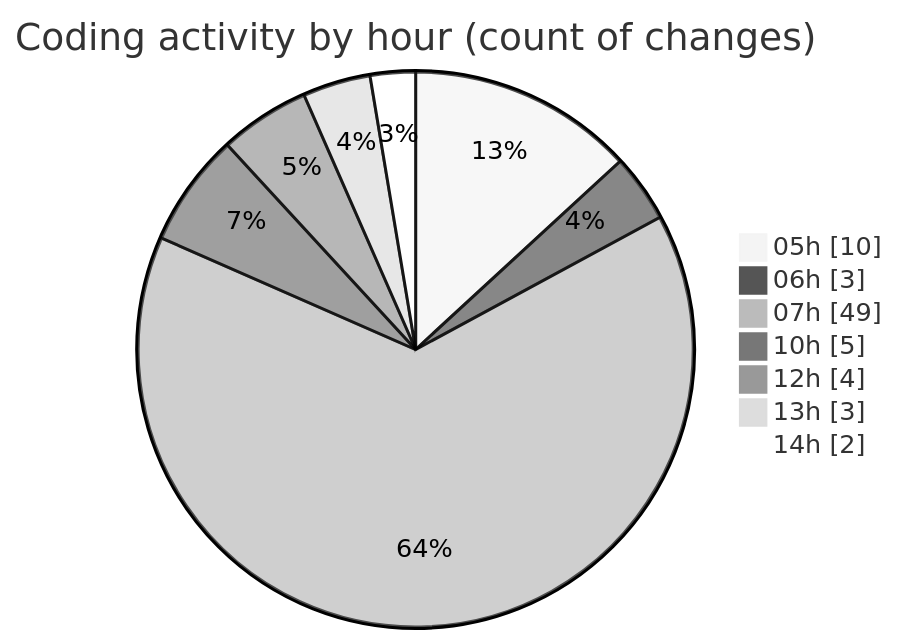
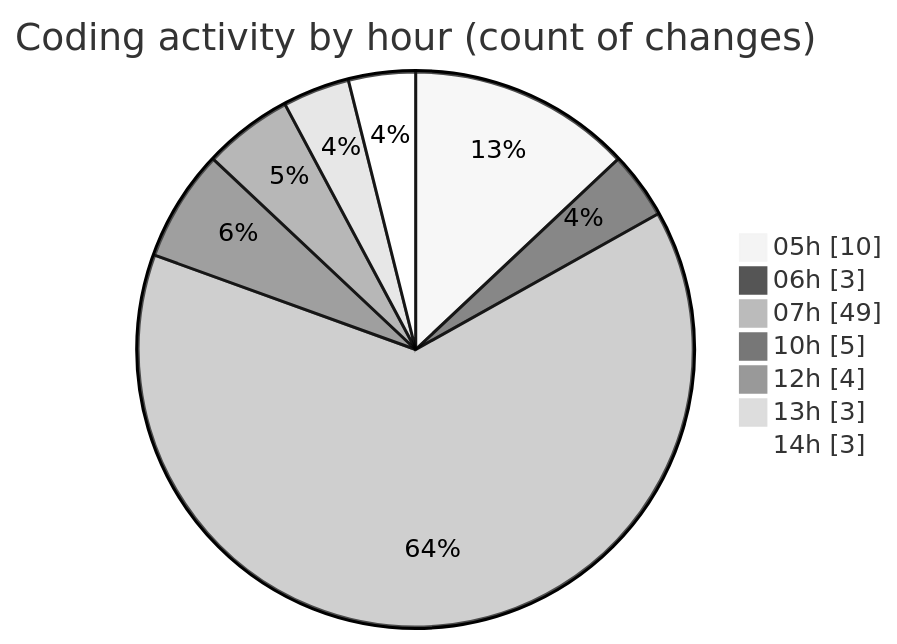
Before and after one commit to vahidmafi/code-tracking: the second of 2 diagrams in 2025-09-06/shop/README.md, drawn with Mermaid (neutral theme). The commit also changed other lines of this file and 1 other file, not shown here.

````diff
--- a/2025-09-06/shop/README.md
+++ b/2025-09-06/shop/README.md
@@ -46,11 +46,11 @@
 ```mermaid
 pie showData
 title Coding activity by hour (count of changes)
 "05h" : 10
 "06h" : 3
 "07h" : 49
 "10h" : 5
 "12h" : 4
 "13h" : 3
-"14h" : 2
+"14h" : 3
 ```
````
